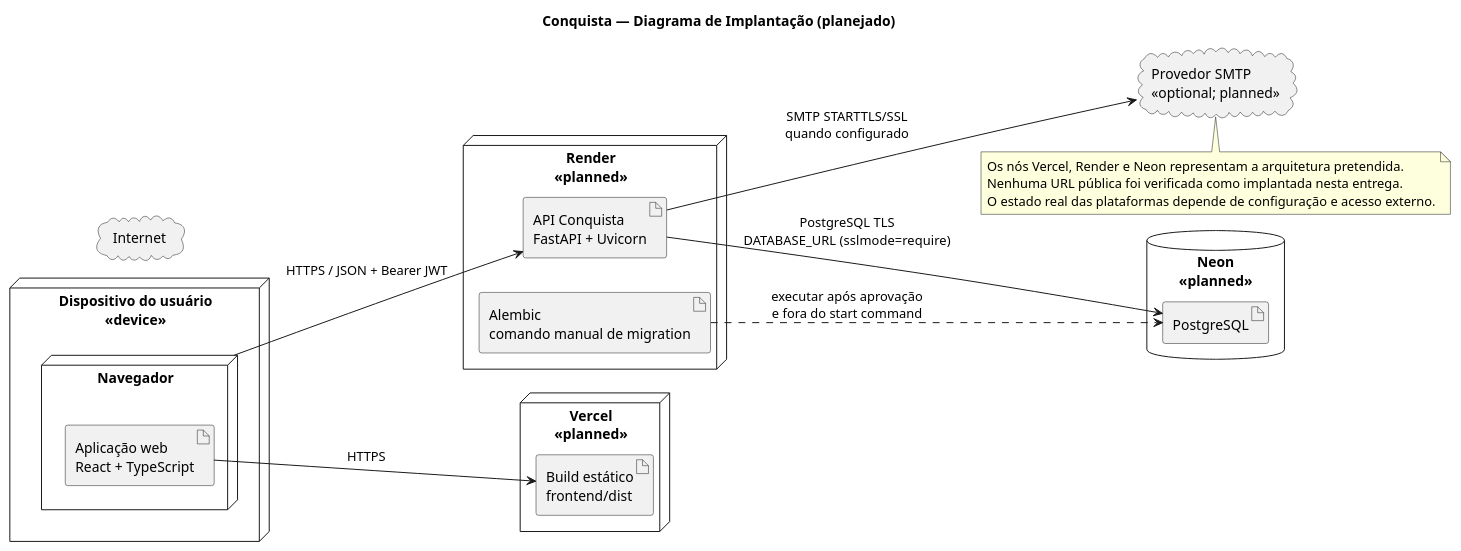
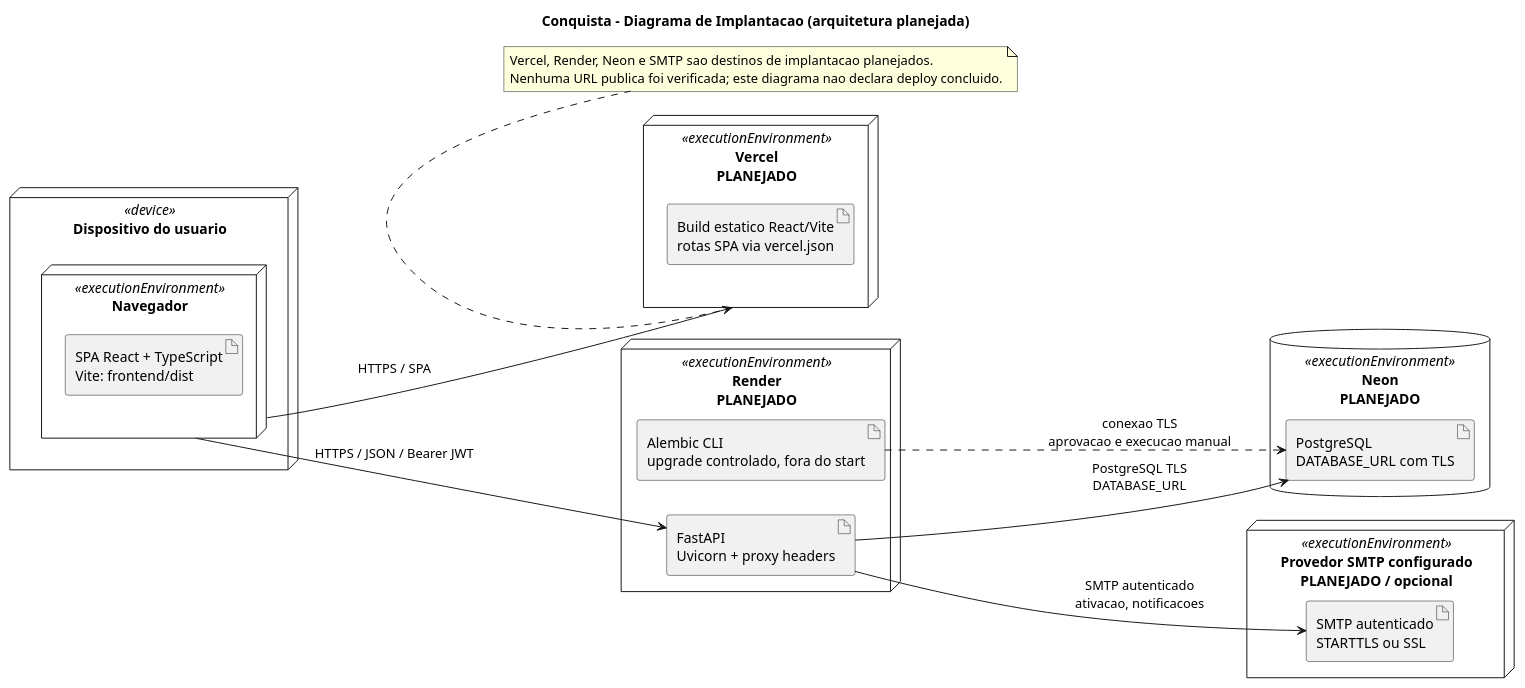
One commit to gusLeonardi/moeda-estudantil changed the diagram in docs/modelagem/lab04-diagrama-implantacao.puml. Above: the diagram before and after it, drawn with PlantUML. The commit also changed 58 other files, not shown here.

Commit message:
feat: complete Lab04 authentication, authorization and UML diagrams

```diff
--- a/docs/modelagem/lab04-diagrama-implantacao.puml
+++ b/docs/modelagem/lab04-diagrama-implantacao.puml
@@ -1,40 +1,34 @@
 @startuml
-title Conquista — Diagrama de Implantação (planejado)
+title Conquista - Diagrama de Implantacao (arquitetura planejada)
+left to right direction
 skinparam componentStyle uml2
-left to right direction
+skinparam shadowing false
 
-node "Dispositivo do usuário\n<<device>>" as device {
-  node "Navegador" as browser {
-    artifact "Aplicação web\nReact + TypeScript" as webclient
+node "Dispositivo do usuario" <<device>> as device {
+  node "Navegador" <<executionEnvironment>> as browser {
+    artifact "SPA React + TypeScript\nVite: frontend/dist" as spa
   }
 }
-
-cloud "Internet" as internet
-
-node "Vercel\n<<planned>>" as vercel {
-  artifact "Build estático\nfrontend/dist" as frontend
+node "Vercel\nPLANEJADO" <<executionEnvironment>> as vercel {
+  artifact "Build estatico React/Vite\nrotas SPA via vercel.json" as web
 }
-
-node "Render\n<<planned>>" as render {
-  artifact "API Conquista\nFastAPI + Uvicorn" as api
-  artifact "Alembic\ncomando manual de migration" as migrations
+node "Render\nPLANEJADO" <<executionEnvironment>> as render {
+  artifact "FastAPI\nUvicorn + proxy headers" as api
+  artifact "Alembic CLI\nupgrade controlado, fora do start" as alembic
 }
-
-database "Neon\n<<planned>>" as neon {
-  artifact "PostgreSQL" as postgres
+database "Neon\nPLANEJADO" <<executionEnvironment>> as neon {
+  artifact "PostgreSQL\nDATABASE_URL com TLS" as db
 }
-
-cloud "Provedor SMTP\n<<optional; planned>>" as smtp
-
-webclient --> frontend : HTTPS
-browser --> api : HTTPS / JSON + Bearer JWT
-api --> postgres : PostgreSQL TLS\nDATABASE_URL (sslmode=require)
-api --> smtp : SMTP STARTTLS/SSL\nquando configurado
-migrations ..> postgres : executar após aprovação\ne fora do start command
-
-note bottom
-  Os nós Vercel, Render e Neon representam a arquitetura pretendida.
-  Nenhuma URL pública foi verificada como implantada nesta entrega.
-  O estado real das plataformas depende de configuração e acesso externo.
+node "Provedor SMTP configurado\nPLANEJADO / opcional" <<executionEnvironment>> as mail {
+  artifact "SMTP autenticado\nSTARTTLS ou SSL" as smtp
+}
+browser --> vercel : HTTPS / SPA
+browser --> api : HTTPS / JSON / Bearer JWT
+api --> db : PostgreSQL TLS\nDATABASE_URL
+api --> smtp : SMTP autenticado\nativacao, notificacoes
+alembic ..> db : conexao TLS\naprovacao e execucao manual
+note bottom of vercel
+  Vercel, Render, Neon e SMTP sao destinos de implantacao planejados.
+  Nenhuma URL publica foi verificada; este diagrama nao declara deploy concluido.
 end note
 @enduml
```
